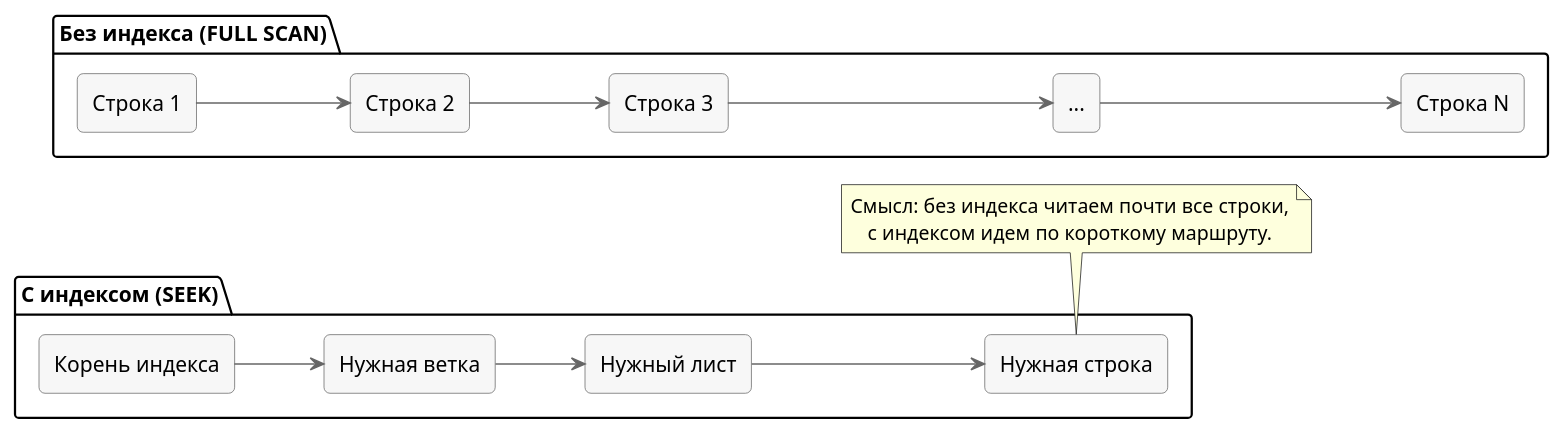
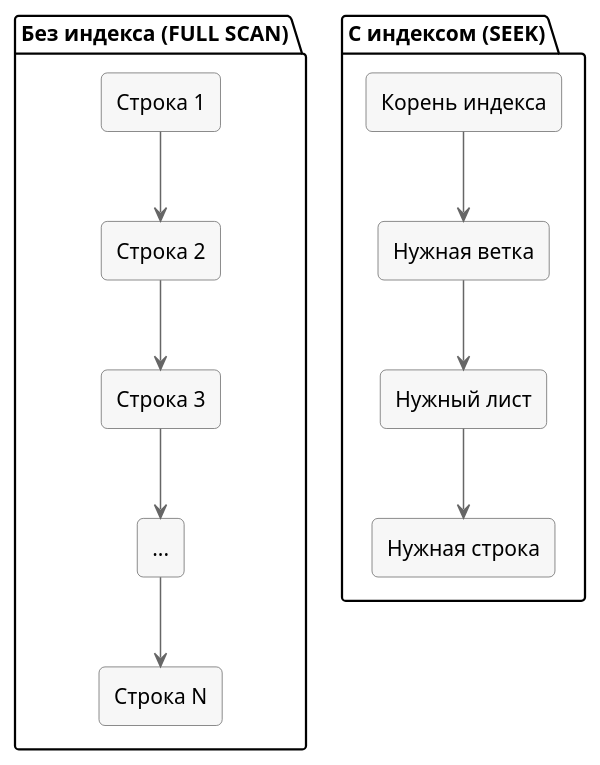
The diagram in disciplines/it03/lectures/includes/index_lookup_compare.plantuml (vshp-online/it.vshp.online), drawn with PlantUML before and after one commit. The commit also changed 2 other files, not shown here.

Commit message:
Доработал лекцию ИТ.03-20: уточнил примеры индексов и обновил схемы

```diff
--- a/disciplines/it03/lectures/includes/index_lookup_compare.plantuml
+++ b/disciplines/it03/lectures/includes/index_lookup_compare.plantuml
@@ -1,37 +1,33 @@
 @startuml Поиск без индекса и с индексом
-left to right direction
+' left to right direction
+top to bottom direction
 skinparam defaultTextAlignment center
 skinparam rectangle {
   BackgroundColor #F7F7F7
   BorderColor #666666
   RoundCorner 8
 }
 skinparam ArrowColor #666666
 
 package "Без индекса (FULL SCAN)" {
   rectangle "Строка 1" as F1
   rectangle "Строка 2" as F2
   rectangle "Строка 3" as F3
   rectangle "..." as F4
   rectangle "Строка N" as F5
   F1 --> F2
   F2 --> F3
   F3 --> F4
   F4 --> F5
 }
 
 package "С индексом (SEEK)" {
   rectangle "Корень индекса" as I1
   rectangle "Нужная ветка" as I2
   rectangle "Нужный лист" as I3
   rectangle "Нужная строка" as I4
   I1 --> I2
   I2 --> I3
   I3 --> I4
 }
-
-note bottom
-Смысл: без индекса читаем почти все строки,
-с индексом идем по короткому маршруту.
-end note
 @enduml
```
